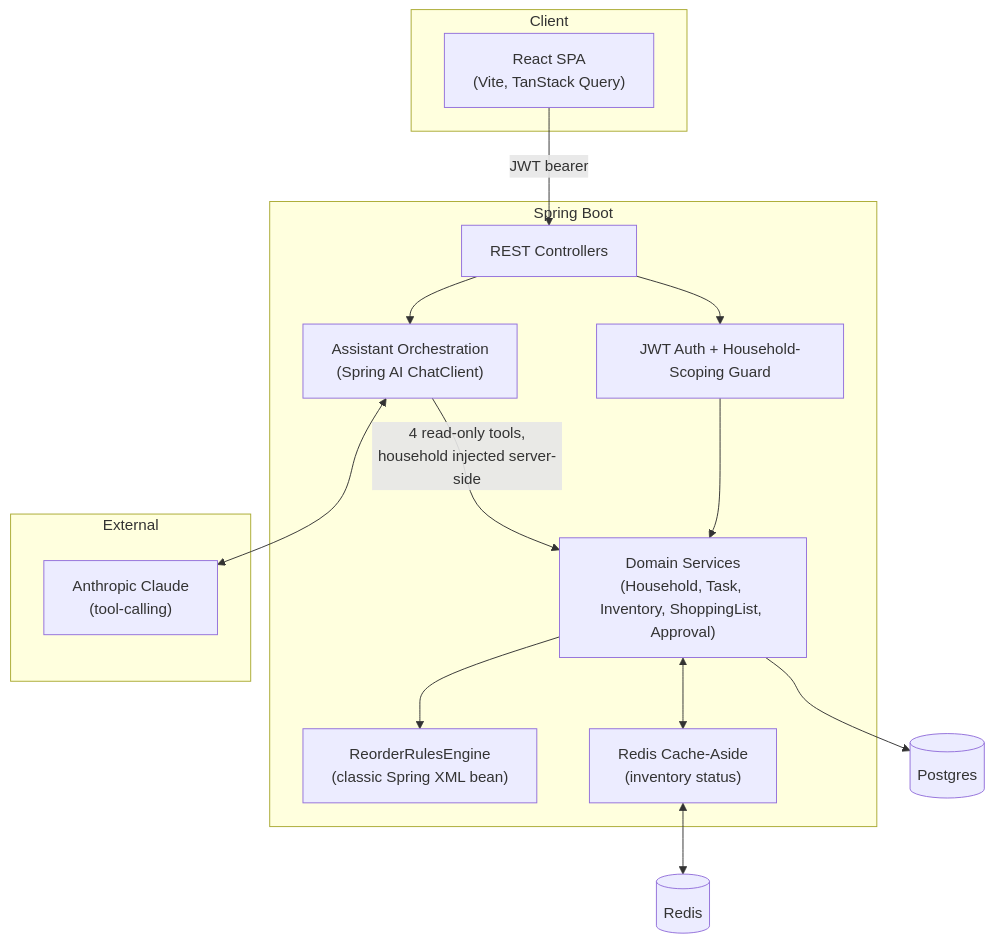
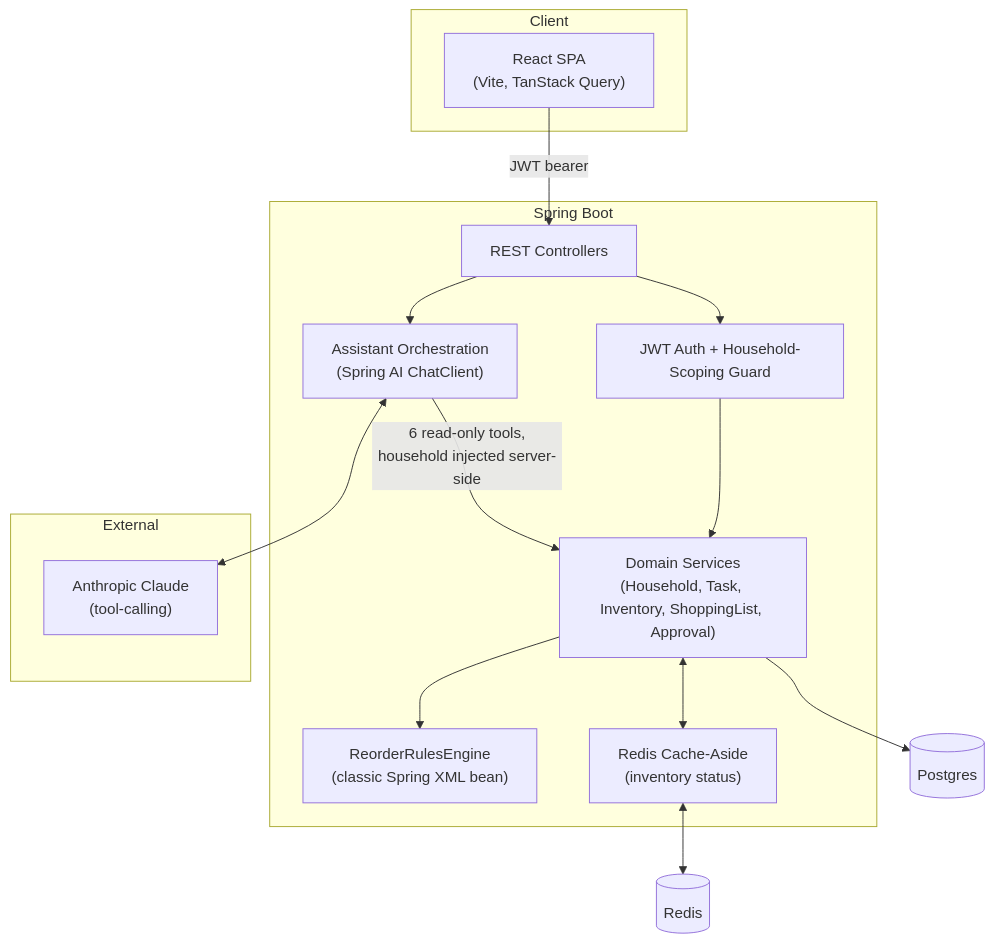
One commit to luisdiher22/Household-Ops changed the diagram in README.md. Above: the diagram before and after it, drawn with Mermaid. The commit also changed other lines of this file and 15 other files, not shown here.

````diff
--- a/README.md
+++ b/README.md
@@ -16,33 +16,33 @@
 ```mermaid
 flowchart TB
     subgraph Client
         UI["React SPA<br/>(Vite, TanStack Query)"]
     end
 
     subgraph Backend["Spring Boot"]
         Controller["REST Controllers"]
         Security["JWT Auth + Household-Scoping Guard"]
         Service["Domain Services<br/>(Household, Task, Inventory, ShoppingList, Approval)"]
         XML["ReorderRulesEngine<br/>(classic Spring XML bean)"]
         Assistant["Assistant Orchestration<br/>(Spring AI ChatClient)"]
         Cache["Redis Cache-Aside<br/>(inventory status)"]
     end
 
     subgraph External
         Claude["Anthropic Claude<br/>(tool-calling)"]
     end
 
     DB[(Postgres)]
     Redis[(Redis)]
 
     UI -->|JWT bearer| Controller
     Controller --> Security
     Security --> Service
     Service --> DB
     Service <--> Cache
     Cache <--> Redis
     Service --> XML
     Controller --> Assistant
-    Assistant -->|4 read-only tools,<br/>household injected server-side| Service
+    Assistant -->|6 read-only tools,<br/>household injected server-side| Service
     Assistant <--> Claude
 ```
````
